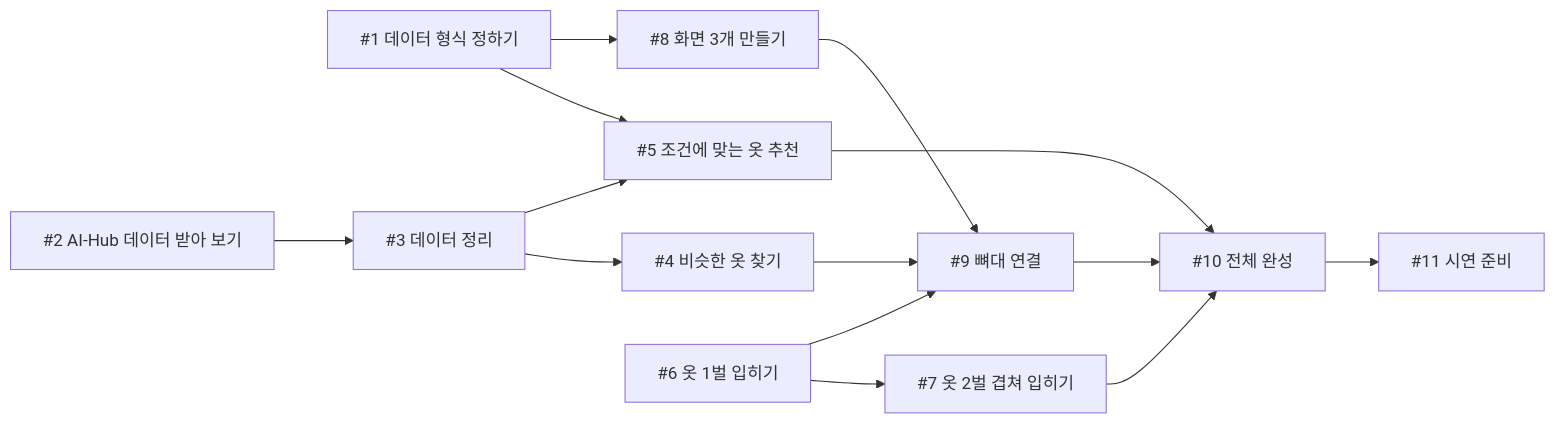
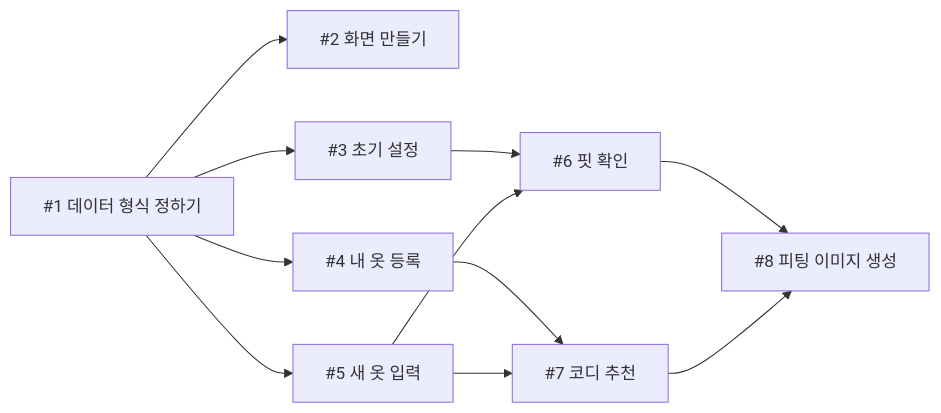
The diagram in docs/week-05.md (junyoung0423/aix-2026f-team10), drawn with Mermaid before and after one commit. The commit also changed other lines of this file, not shown here.

````diff
--- a/docs/week-05.md
+++ b/docs/week-05.md
@@ -54,16 +51,13 @@
 ```mermaid
 graph LR
-  T1["#1 데이터 형식 정하기"] --> T5["#5 조건에 맞는 옷 추천"]
-  T1 --> T8["#8 화면 3개 만들기"]
-  T2["#2 AI-Hub 데이터 받아 보기"] --> T3["#3 데이터 정리"]
-  T3 --> T4["#4 비슷한 옷 찾기"]
-  T3 --> T5
-  T6["#6 옷 1벌 입히기"] --> T7["#7 옷 2벌 겹쳐 입히기"]
-  T4 --> T9["#9 뼈대 연결"]
-  T6 --> T9
-  T8 --> T9
-  T5 --> T10["#10 전체 완성"]
-  T7 --> T10
-  T9 --> T10
-  T10 --> T11["#11 시연 준비"]
+  T1["#1 데이터 형식 정하기"] --> T2["#2 화면 만들기"]
+  T1 --> T3["#3 초기 설정"]
+  T1 --> T4["#4 내 옷 등록"]
+  T1 --> T5["#5 새 옷 입력"]
+  T3 --> T6["#6 핏 확인"]
+  T5 --> T6
+  T4 --> T7["#7 코디 추천"]
+  T5 --> T7
+  T6 --> T8["#8 피팅 이미지 생성"]
+  T7 --> T8
 ```
````
